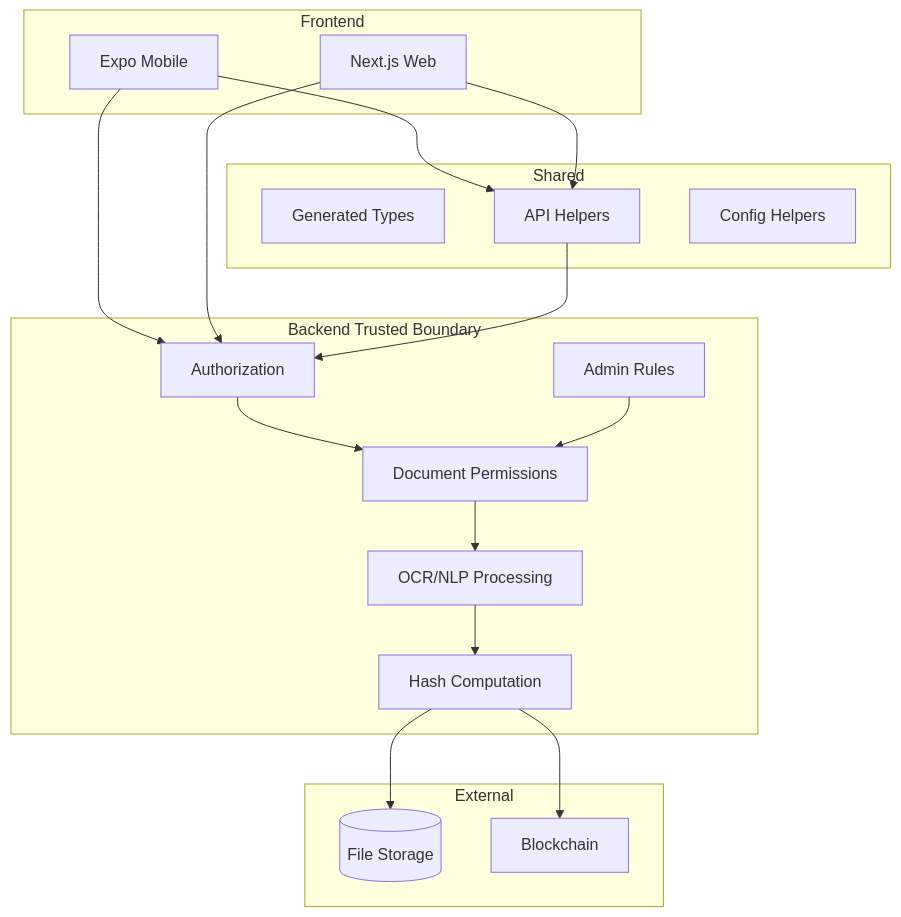
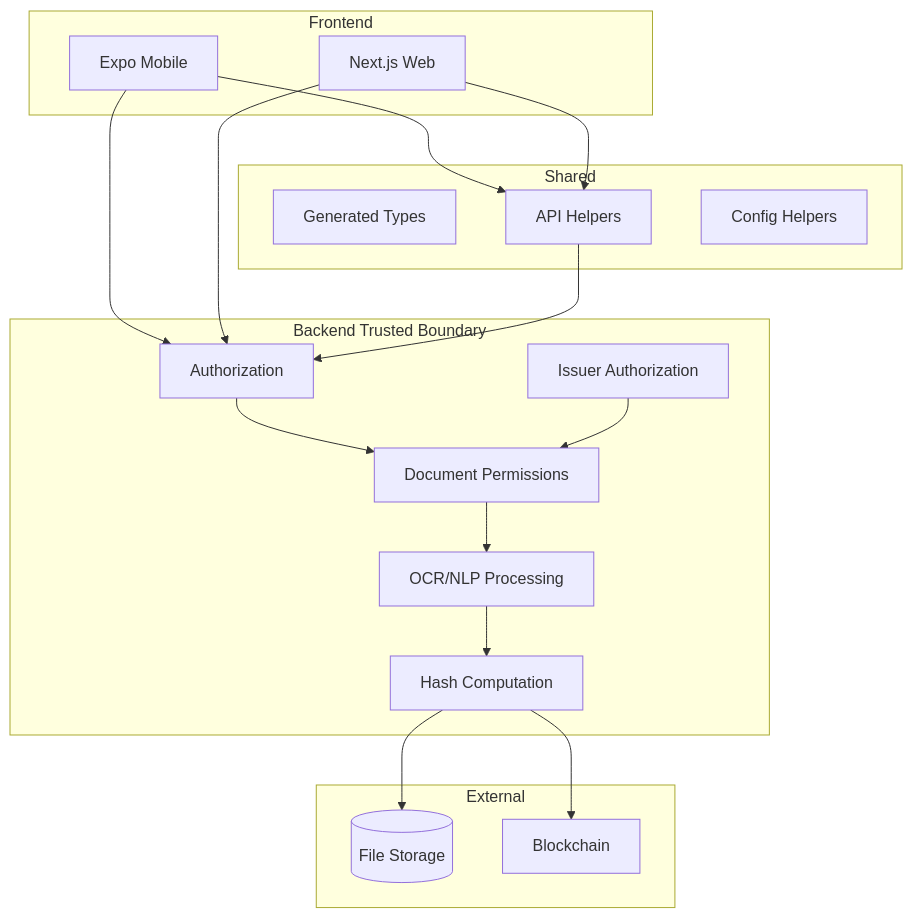
One commit to agustinelumandong/LexChain changed diagram 17 of 18 in docs/LEXCHAIN-WORKFLOW-FLOWCHARTS.md. Above: the diagram before and after it, drawn with Mermaid. The commit also changed other lines of this file and 6 other files, not shown here.

````diff
--- a/docs/LEXCHAIN-WORKFLOW-FLOWCHARTS.md
+++ b/docs/LEXCHAIN-WORKFLOW-FLOWCHARTS.md
@@ -440,39 +390,39 @@
 ```mermaid
 flowchart TB
   subgraph Frontend
     Mobile[Expo Mobile]
     Web[Next.js Web]
   end
 
   subgraph Shared
     Types[Generated Types]
     ApiHelpers[API Helpers]
     Config[Config Helpers]
   end
 
   subgraph BackendTrusted[Backend Trusted Boundary]
     Auth[Authorization]
     Permissions[Document Permissions]
     Processing["OCR/NLP Processing"]
     Hashing[Hash Computation]
-    AdminRules[Admin Rules]
+    IssuerAuthorization[Issuer Authorization]
   end
 
   subgraph External
     Storage[(File Storage)]
     Chain[Blockchain]
   end
 
   Mobile --> Auth
   Web --> Auth
   Mobile --> ApiHelpers
   Web --> ApiHelpers
   ApiHelpers --> Auth
 
   Auth --> Permissions
   Permissions --> Processing
   Processing --> Hashing
   Hashing --> Storage
   Hashing --> Chain
-  AdminRules --> Permissions
+  IssuerAuthorization --> Permissions
 ```
````
